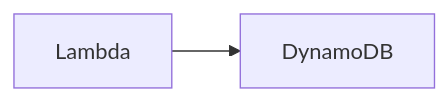
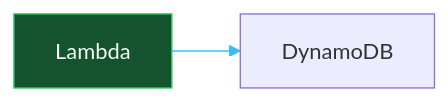
One commit to shahzadbadar/diagra changed the first of 4 diagrams in docs/syntax.md. Above: the diagram before and after it, drawn with Mermaid. The commit also changed other lines of this file and 59 other files, not shown here.

Commit message:
Add styled diagrams and subgraph examples

````diff
--- a/docs/syntax.md
+++ b/docs/syntax.md
@@ -5,10 +5,12 @@
 ```mermaid
 %%diagra:theme dark
 %%diagra:icons aws
 %%diagra:animate flow
 %%diagra:font Inter
 %%diagra:accent #FF6B35
 
 flowchart LR
   A[Lambda]:::aws-lambda --> B[DynamoDB]:::aws-dynamodb
+  style A fill:#14532d,stroke:#22c55e,color:#f0fdf4
+  linkStyle 0 stroke:#38bdf8,color:#e0f2fe
 ```
````
